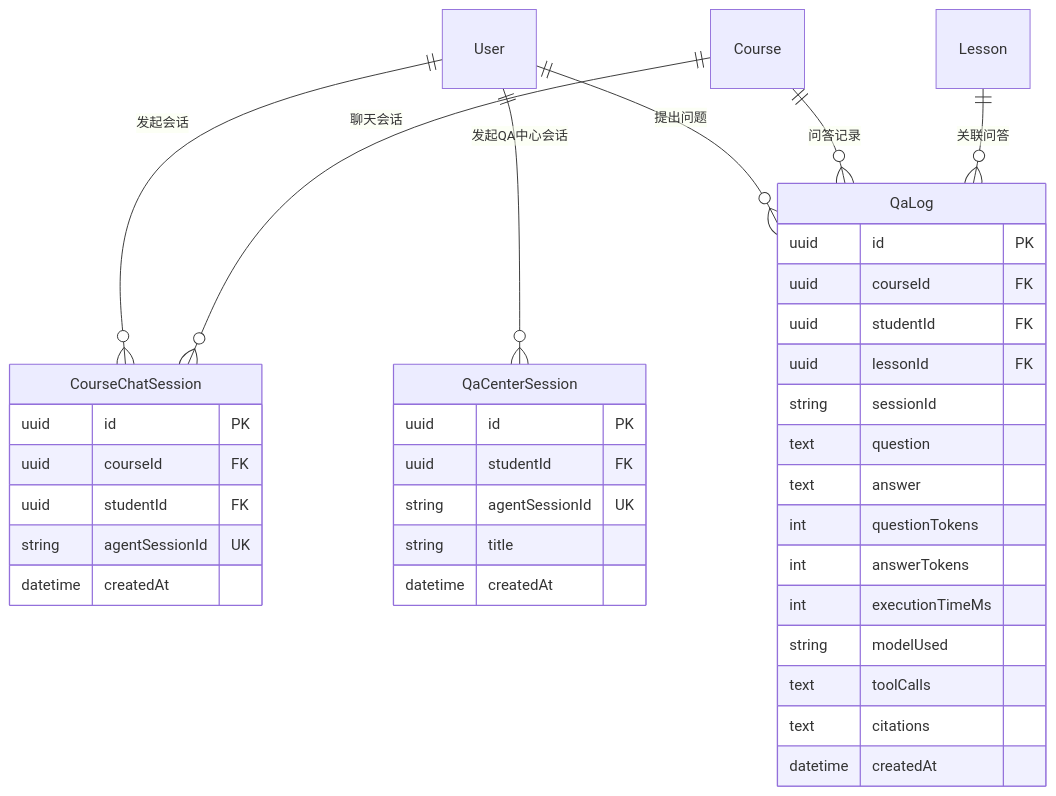
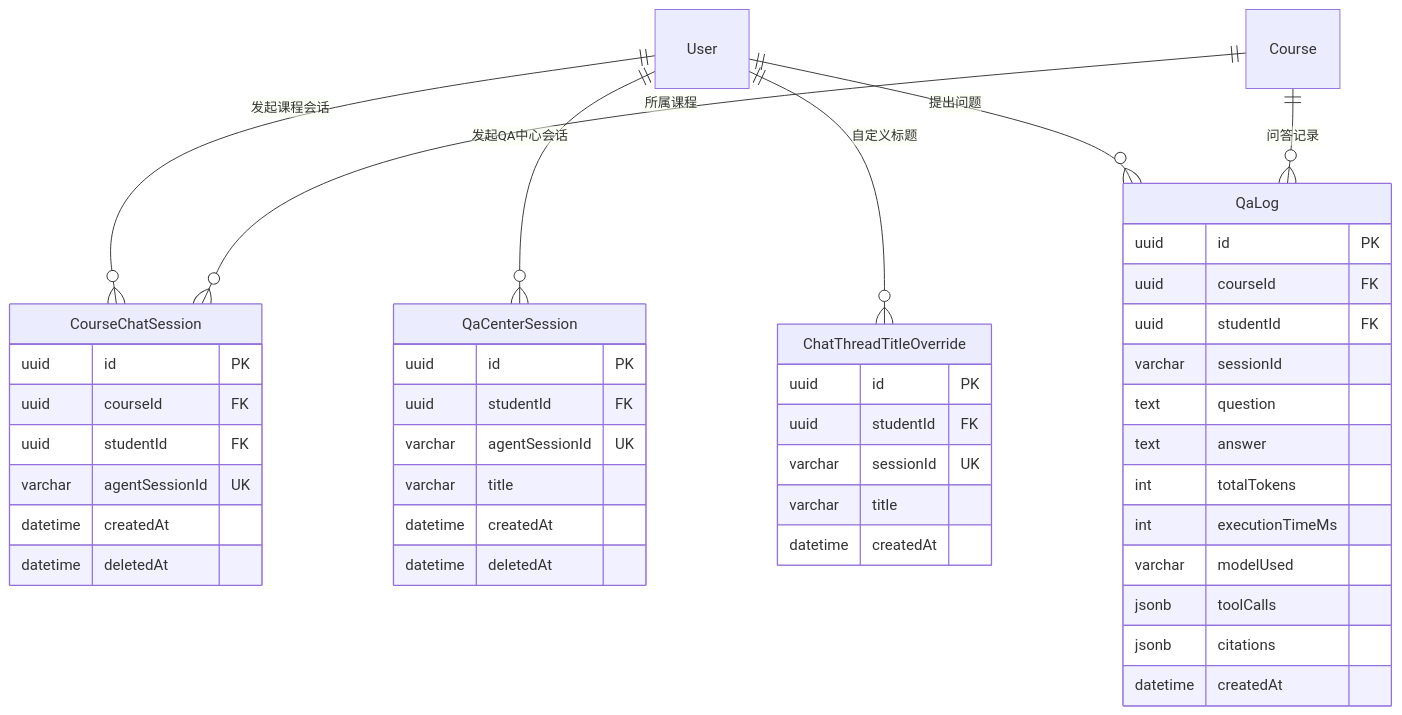
Before and after one commit to mocha196/eduAgent: diagram 21 of 24 in thesis.md, drawn with Mermaid. The commit also changed other lines of this file and 42 other files, not shown here.

````diff
--- a/thesis.md
+++ b/thesis.md
@@ -944,40 +957,47 @@
 ```mermaid
 erDiagram
     CourseChatSession {
         uuid id PK
         uuid courseId FK
         uuid studentId FK
-        string agentSessionId UK
+        varchar agentSessionId UK
         datetime createdAt
+        datetime deletedAt
     }
     QaCenterSession {
         uuid id PK
         uuid studentId FK
-        string agentSessionId UK
-        string title
+        varchar agentSessionId UK
+        varchar title
+        datetime createdAt
+        datetime deletedAt
+    }
+    ChatThreadTitleOverride {
+        uuid id PK
+        uuid studentId FK
+        varchar sessionId UK
+        varchar title
         datetime createdAt
     }
     QaLog {
         uuid id PK
         uuid courseId FK
         uuid studentId FK
-        uuid lessonId FK
-        string sessionId
+        varchar sessionId
         text question
         text answer
-        int questionTokens
-        int answerTokens
+        int totalTokens
         int executionTimeMs
-        string modelUsed
-        text toolCalls
-        text citations
+        varchar modelUsed
+        jsonb toolCalls
+        jsonb citations
         datetime createdAt
     }
 
-    User ||--o{ CourseChatSession : "发起会话"
+    User ||--o{ CourseChatSession : "发起课程会话"
     User ||--o{ QaCenterSession : "发起QA中心会话"
+    User ||--o{ ChatThreadTitleOverride : "自定义标题"
     User ||--o{ QaLog : "提出问题"
-    Course ||--o{ CourseChatSession : "聊天会话"
+    Course ||--o{ CourseChatSession : "所属课程"
     Course ||--o{ QaLog : "问答记录"
-    Lesson ||--o{ QaLog : "关联问答"
 ```
````
